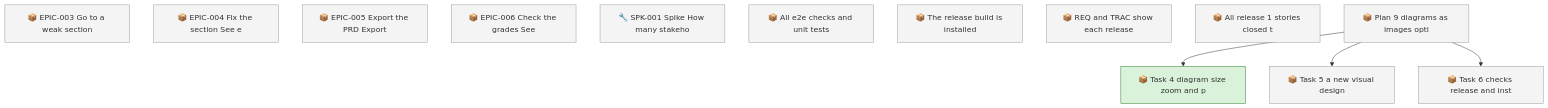
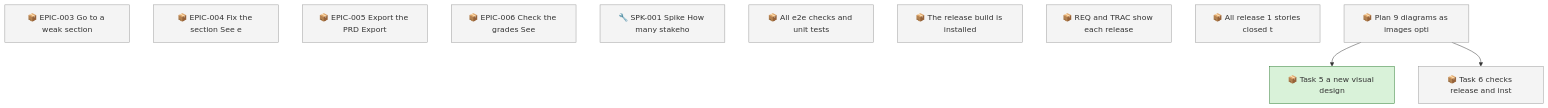
The first of 2 diagrams in docs/roadmap.md (SpillwaveSolutions/prd-forge-viewer), drawn with Mermaid before and after one commit. The commit also changed other lines of this file and 13 other files, not shown here.

First line of the commit message:
feat: a diagram window with zoom and pan

````diff
--- a/docs/roadmap.md
+++ b/docs/roadmap.md
@@ -75,23 +69,21 @@
 ```mermaid
 graph TD
     01M61XNJQPA0F7H1BG56ERNJ3P["📦 EPIC-003 Go to a weak section"]
     01M61XNK50616FWM0WZ4FGWGEB["📦 EPIC-004 Fix the section See e"]
     01M61XNK9MPMV0RAEKPX0JC3K4["📦 EPIC-005 Export the PRD Export"]
     01M61XNM7GHPSJ1B96BCHA59ZE["📦 EPIC-006 Check the grades See"]
     01M61XNM9NY7F4D4V7400J56X9["🔧 SPK-001 Spike How many stakeho"]
     01M62C7REGCD2R415FMWFCZMV8["📦 All e2e checks and unit tests"]
     01M62C7REGCD2R415FMWFCZMVA["📦 The release build is installed"]
     01M62C7REHN9N2P8Z19K0EPA0F["📦 REQ and TRAC show each release"]
     01M62C7REHN9N2P8Z19K0EPA0H["📦 All release 1 stories closed t"]
     01M6700RY14BFZCYD4FGHJYB7Q["📦 Plan 9 diagrams as images opti"]
-    01M6700RYF3F05QEDN2V10MPTH["📦 Task 4 diagram size zoom and p"]
     01M6700RYF3F05QEDN2V10MPTK["📦 Task 5 a new visual design"]
     01M6700RYF3F05QEDN2V10MPTN["📦 Task 6 checks release and inst"]
-    01M6700RY14BFZCYD4FGHJYB7Q --> 01M6700RYF3F05QEDN2V10MPTH
     01M6700RY14BFZCYD4FGHJYB7Q --> 01M6700RYF3F05QEDN2V10MPTK
     01M6700RY14BFZCYD4FGHJYB7Q --> 01M6700RYF3F05QEDN2V10MPTN
     classDef todo fill:#f4f4f4,stroke:#999999
-    class 01M61XNJQPA0F7H1BG56ERNJ3P,01M61XNK50616FWM0WZ4FGWGEB,01M61XNK9MPMV0RAEKPX0JC3K4,01M61XNM7GHPSJ1B96BCHA59ZE,01M61XNM9NY7F4D4V7400J56X9,01M62C7REGCD2R415FMWFCZMV8,01M62C7REGCD2R415FMWFCZMVA,01M62C7REHN9N2P8Z19K0EPA0F,01M62C7REHN9N2P8Z19K0EPA0H,01M6700RY14BFZCYD4FGHJYB7Q,01M6700RYF3F05QEDN2V10MPTK,01M6700RYF3F05QEDN2V10MPTN todo
+    class 01M61XNJQPA0F7H1BG56ERNJ3P,01M61XNK50616FWM0WZ4FGWGEB,01M61XNK9MPMV0RAEKPX0JC3K4,01M61XNM7GHPSJ1B96BCHA59ZE,01M61XNM9NY7F4D4V7400J56X9,01M62C7REGCD2R415FMWFCZMV8,01M62C7REGCD2R415FMWFCZMVA,01M62C7REHN9N2P8Z19K0EPA0F,01M62C7REHN9N2P8Z19K0EPA0H,01M6700RY14BFZCYD4FGHJYB7Q,01M6700RYF3F05QEDN2V10MPTN todo
     classDef in_progress fill:#d9f2d9,stroke:#2e7d32
-    class 01M6700RYF3F05QEDN2V10MPTH in_progress
+    class 01M6700RYF3F05QEDN2V10MPTK in_progress
 ```
````
